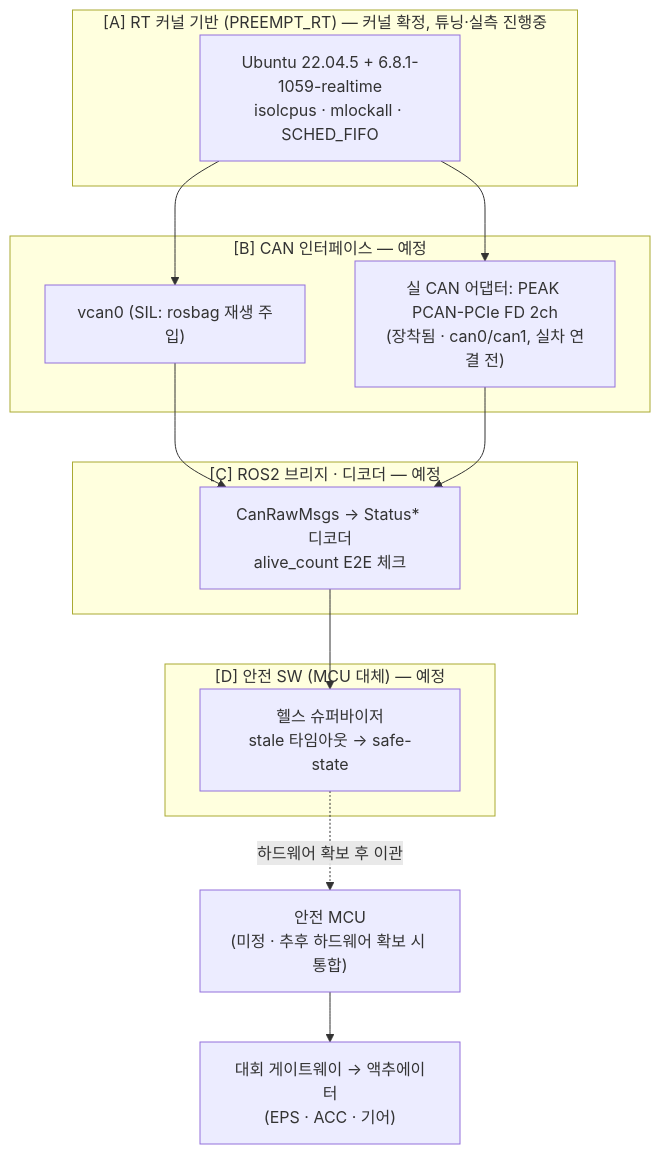
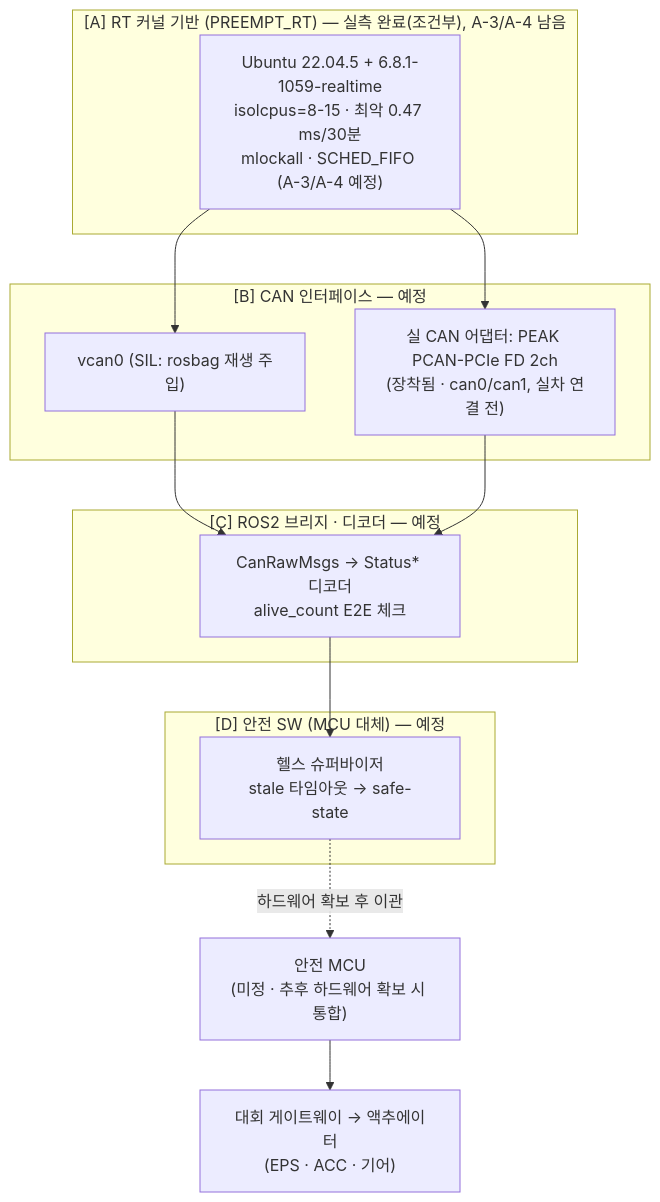
The first of 2 diagrams in can_stack_development.md (seungmin01-miru/A1-BSW), drawn with Mermaid before and after one commit. The commit also changed other lines of this file, not shown here.

````diff
--- a/can_stack_development.md
+++ b/can_stack_development.md
@@ -21,26 +21,26 @@
 ```mermaid
 flowchart TB
-  subgraph A["[A] RT 커널 기반 (PREEMPT_RT) — 커널 확정, 튜닝·실측 진행중"]
-    K["Ubuntu 22.04.5 + 6.8.1-1059-realtime<br/>isolcpus · mlockall · SCHED_FIFO"]
+  subgraph A["[A] RT 커널 기반 (PREEMPT_RT) — 실측 완료(조건부), A-3/A-4 남음"]
+    K["Ubuntu 22.04.5 + 6.8.1-1059-realtime<br/>isolcpus=8-15 · 최악 0.47 ms/30분<br/>mlockall · SCHED_FIFO (A-3/A-4 예정)"]
   end
   subgraph B["[B] CAN 인터페이스 — 예정"]
     VCAN["vcan0 (SIL: rosbag 재생 주입)"]
     RCAN["실 CAN 어댑터: PEAK PCAN-PCIe FD 2ch<br/>(장착됨 · can0/can1, 실차 연결 전)"]
   end
   subgraph C["[C] ROS2 브리지 · 디코더 — 예정"]
     DEC["CanRawMsgs → Status* 디코더<br/>alive_count E2E 체크"]
   end
   subgraph D["[D] 안전 SW (MCU 대체) — 예정"]
     WD["헬스 슈퍼바이저<br/>stale 타임아웃 → safe-state"]
   end
   MCU["안전 MCU<br/>(미정 · 추후 하드웨어 확보 시 통합)"]
   GW["대회 게이트웨이 → 액추에이터<br/>(EPS · ACC · 기어)"]
 
   K --> VCAN
   K --> RCAN
   VCAN --> DEC
   RCAN --> DEC
   DEC --> WD
   WD -.하드웨어 확보 후 이관.-> MCU
   MCU --> GW
 ```
````
